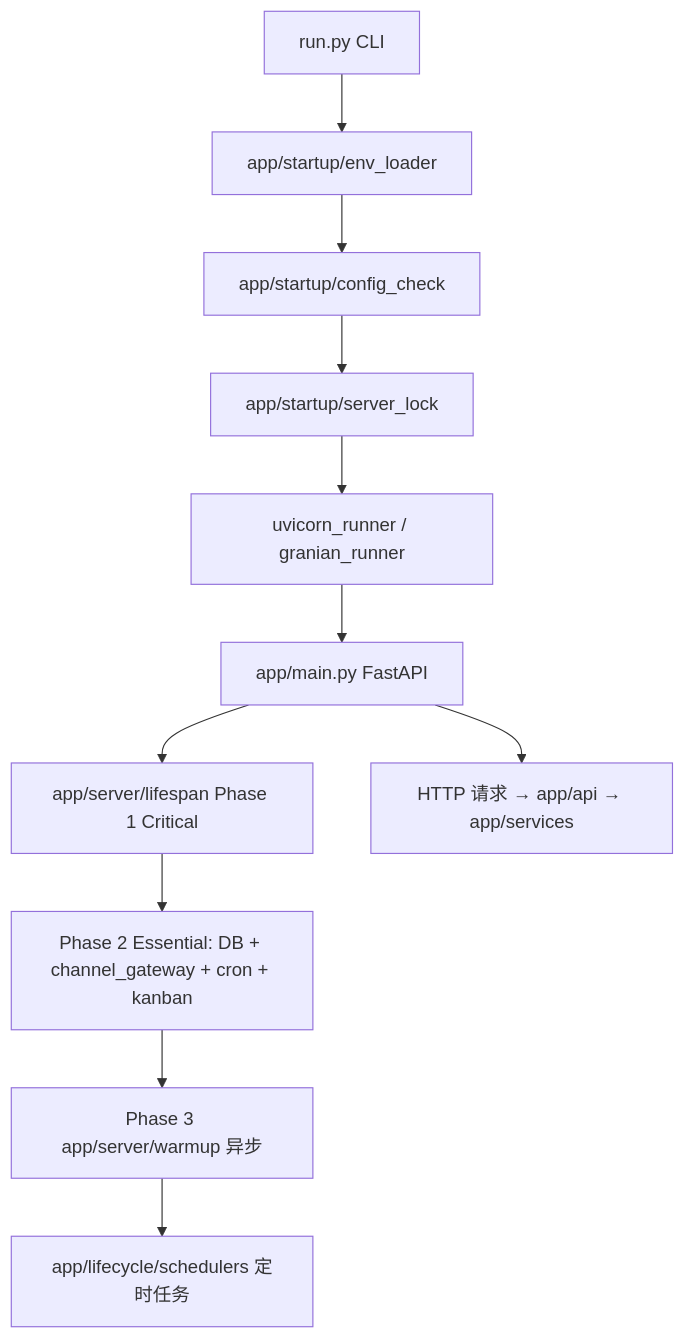
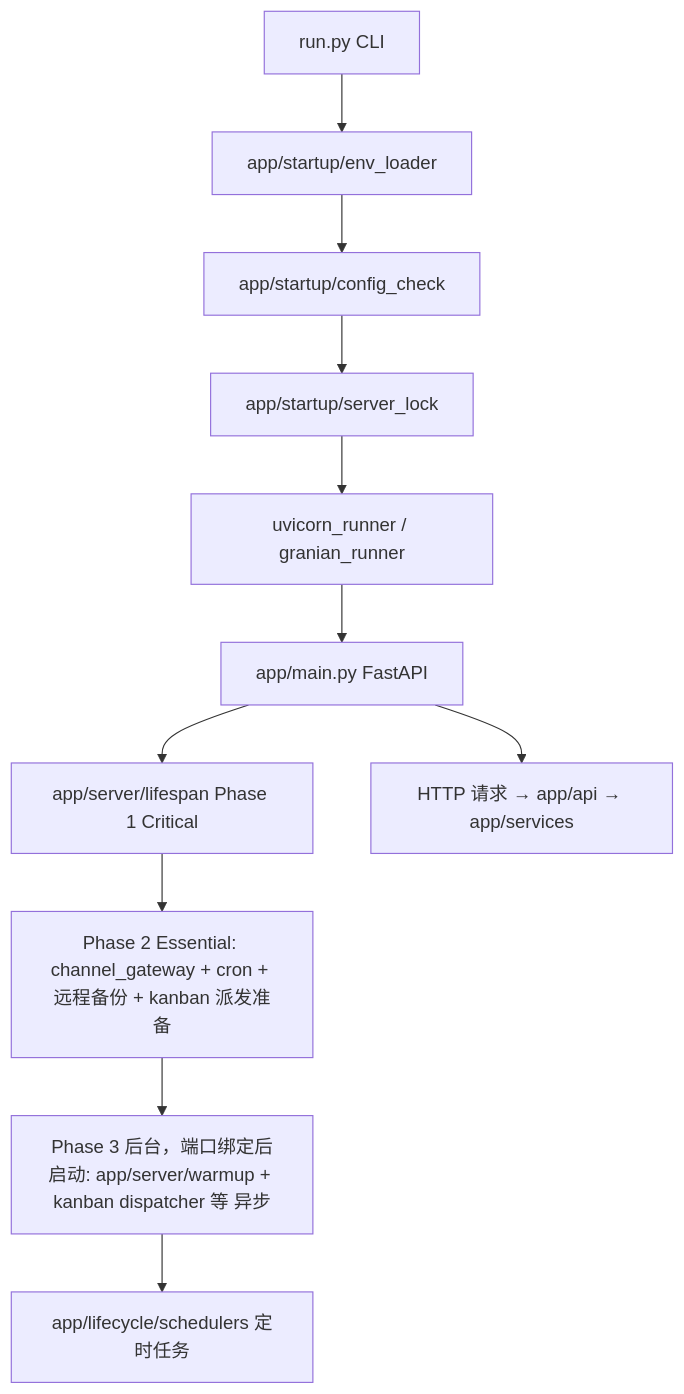
One commit to Pursue-LLL/myrm-agent changed the diagram in ARCHITECTURE.md. Above: the diagram before and after it, drawn with Mermaid. The commit also changed 11 other files, not shown here.

````diff
--- a/ARCHITECTURE.md
+++ b/ARCHITECTURE.md
@@ -92,13 +92,13 @@
 ```mermaid
 flowchart TD
   A[run.py CLI] --> B[app/startup/env_loader]
   B --> D[app/startup/config_check]
   D --> E[app/startup/server_lock]
   E --> F[uvicorn_runner / granian_runner]
   F --> G[app/main.py FastAPI]
   G --> H[app/server/lifespan Phase 1 Critical]
-  H --> I[Phase 2 Essential: DB + channel_gateway + cron + kanban]
-  I --> J[Phase 3 app/server/warmup 异步]
+  H --> I[Phase 2 Essential: channel_gateway + cron + 远程备份 + kanban 派发准备]
+  I --> J[Phase 3 后台，端口绑定后启动: app/server/warmup + kanban dispatcher 等 异步]
   J --> K[app/lifecycle/schedulers 定时任务]
   G --> L[HTTP 请求 → app/api → app/services]
 ```
````
